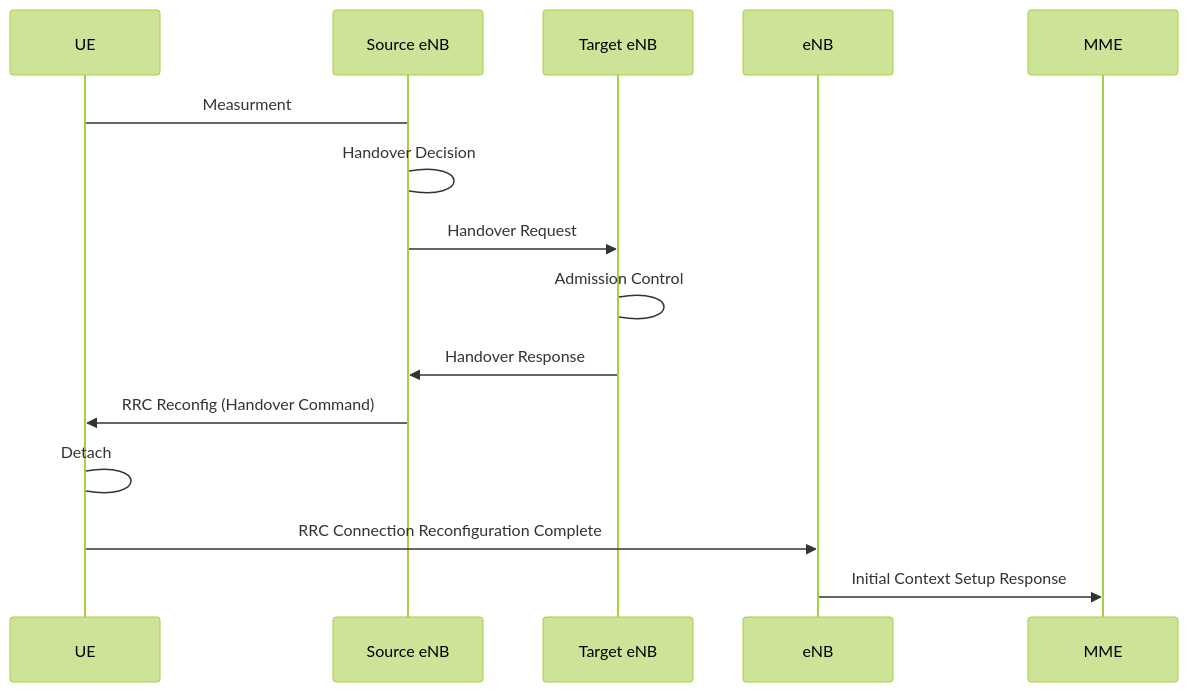
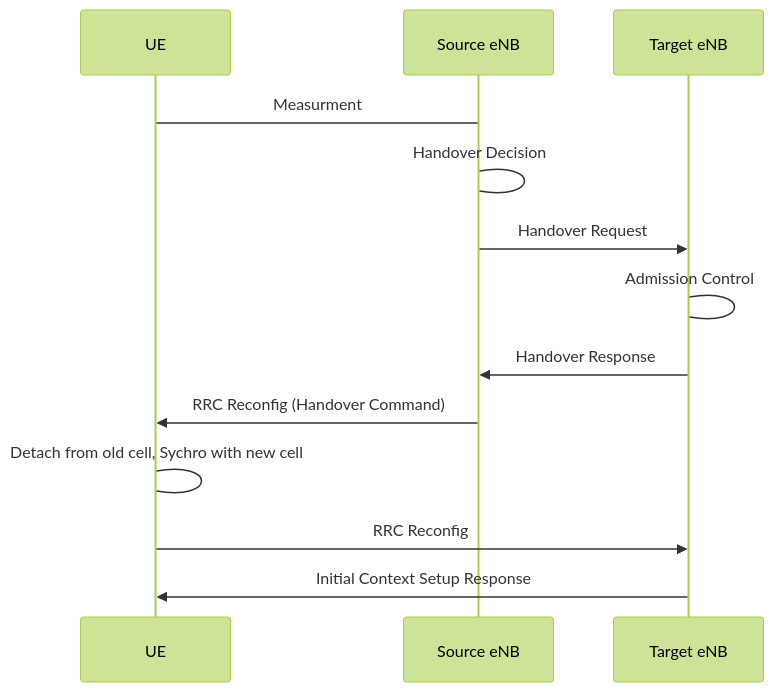
Before and after one commit to ThomasRochette/NoteCours: the fourth of 4 diagrams in ARM.md, drawn with Mermaid (forest theme). The commit also changed other lines of this file, not shown here.

Commit message:
Uploaded by https://stackedit.io/

````diff
--- a/ARM.md
+++ b/ARM.md
@@ -133,12 +133,12 @@
 ```mermaid
 sequenceDiagram
 UE -> Source eNB: Measurment
 Source eNB -> Source eNB: Handover Decision
 Source eNB ->> Target eNB: Handover Request
 Target eNB -> Target eNB: Admission Control
 Target eNB ->> Source eNB: Handover Response
 Source eNB ->> UE: RRC Reconfig (Handover Command)
-UE -> UE: Detach 
-UE ->> eNB: RRC Connection Reconfiguration Complete
-eNB ->> MME: Initial Context Setup Response
+UE -> UE: Detach from old cell, Sychro with new cell
+UE ->> Target eNB: RRC Reconfig
+Target eNB ->> UE: Initial Context Setup Response
 ```
````
